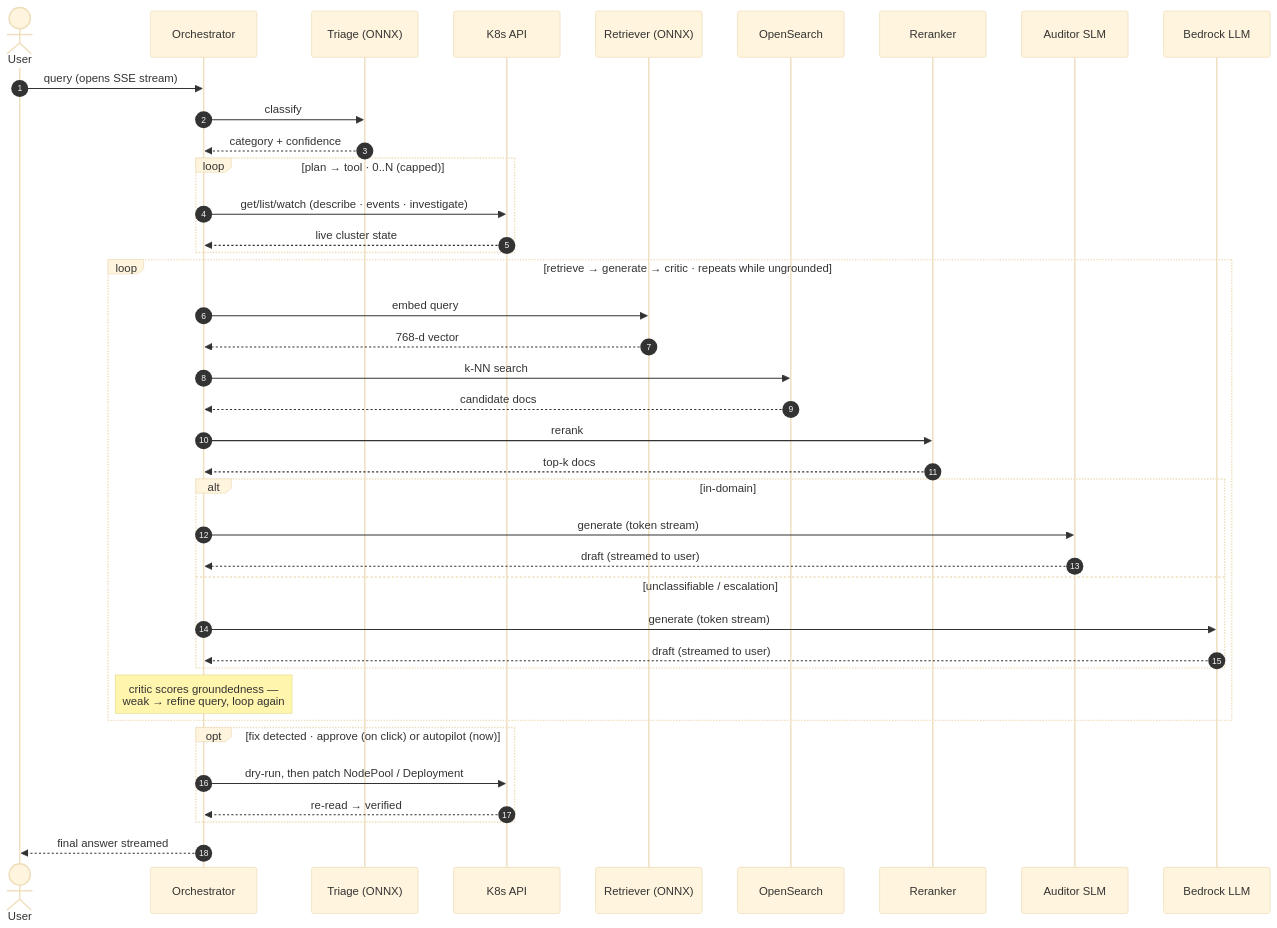
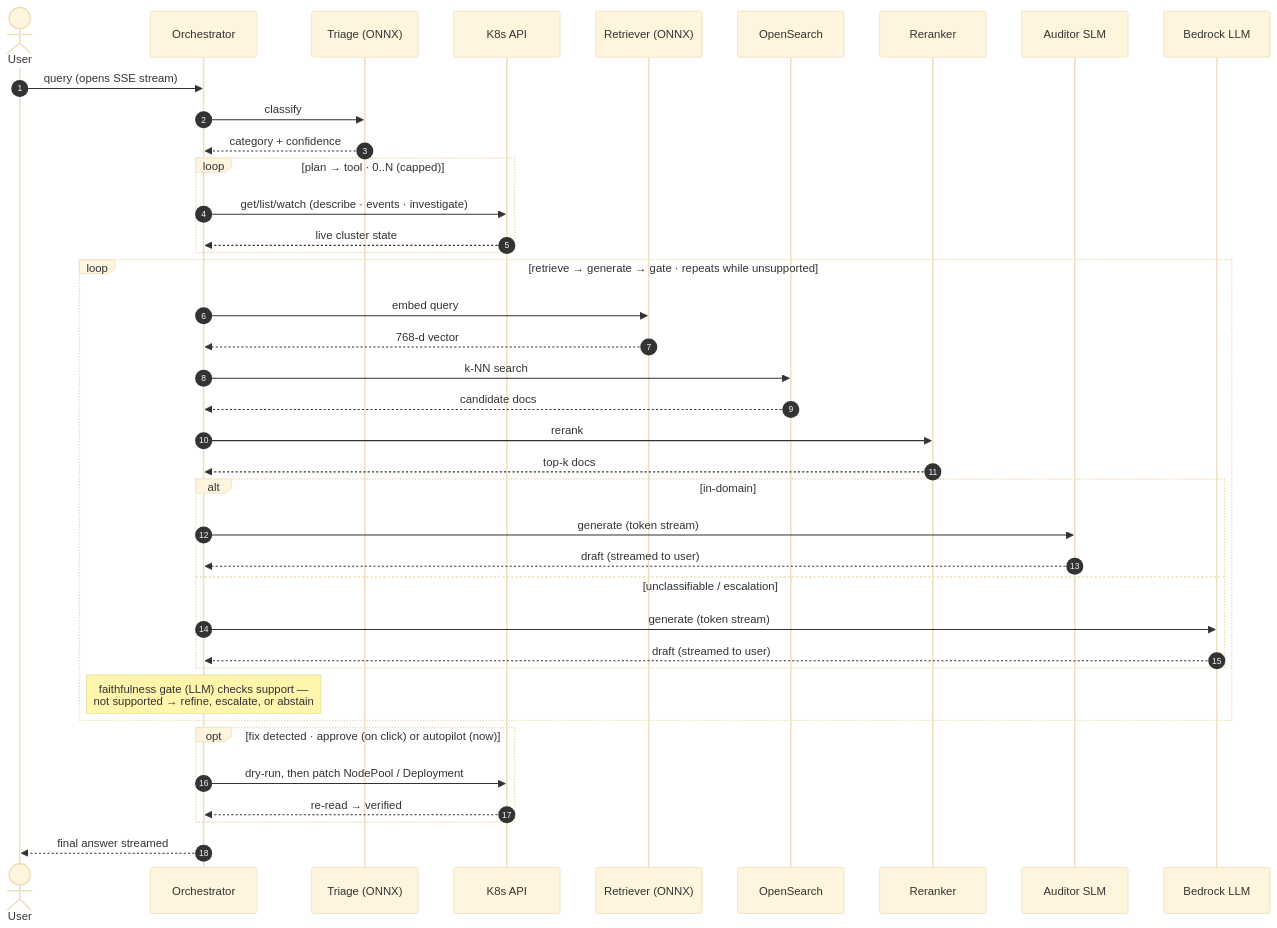
The third of 3 diagrams in examples/k8s-autoscaling/demo/README.md (aws-samples/sample-slemify), drawn with Mermaid (base theme) before and after one commit. The commit also changed other lines of this file and 9 other files, not shown here.

First line of the commit message:
docs: update for stock generation (convert+quantize) and LLM gate

````diff
--- a/examples/k8s-autoscaling/demo/README.md
+++ b/examples/k8s-autoscaling/demo/README.md
@@ -129,41 +135,41 @@
 ```mermaid
 sequenceDiagram
     autonumber
     actor U as User
     participant O as Orchestrator
     participant T as Triage (ONNX)
     participant K as K8s API
     participant R as Retriever (ONNX)
     participant S as OpenSearch
     participant X as Reranker
     participant A as Auditor SLM
     participant B as Bedrock LLM
     U->>O: query (opens SSE stream)
     O->>T: classify
     T-->>O: category + confidence
     loop plan → tool · 0..N (capped)
         O->>K: get/list/watch (describe · events · investigate)
         K-->>O: live cluster state
     end
-    loop retrieve → generate → critic · repeats while ungrounded
+    loop retrieve → generate → gate · repeats while unsupported
         O->>R: embed query
         R-->>O: 768-d vector
         O->>S: k-NN search
         S-->>O: candidate docs
         O->>X: rerank
         X-->>O: top-k docs
         alt in-domain
             O->>A: generate (token stream)
             A-->>O: draft (streamed to user)
         else unclassifiable / escalation
             O->>B: generate (token stream)
             B-->>O: draft (streamed to user)
         end
-        Note over O: critic scores groundedness —<br/>weak → refine query, loop again
+        Note over O: faithfulness gate (LLM) checks support —<br/>not supported → refine, escalate, or abstain
     end
     opt fix detected · approve (on click) or autopilot (now)
         O->>K: dry-run, then patch NodePool / Deployment
         K-->>O: re-read → verified
     end
     O-->>U: final answer streamed
 ```
````
